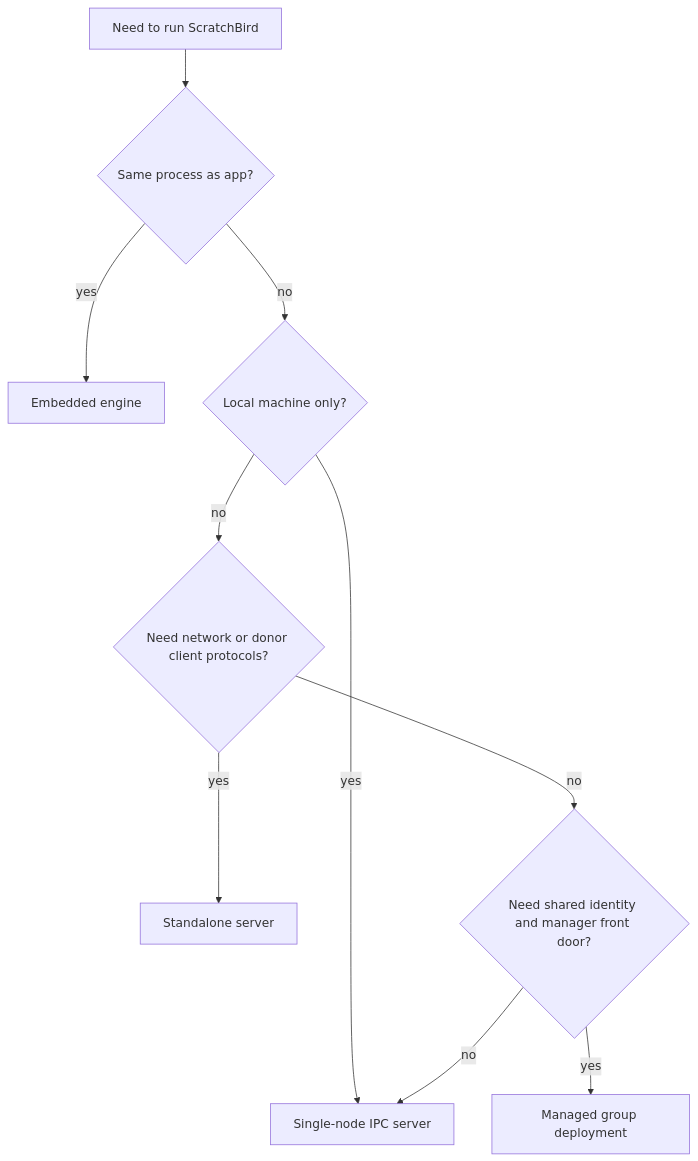
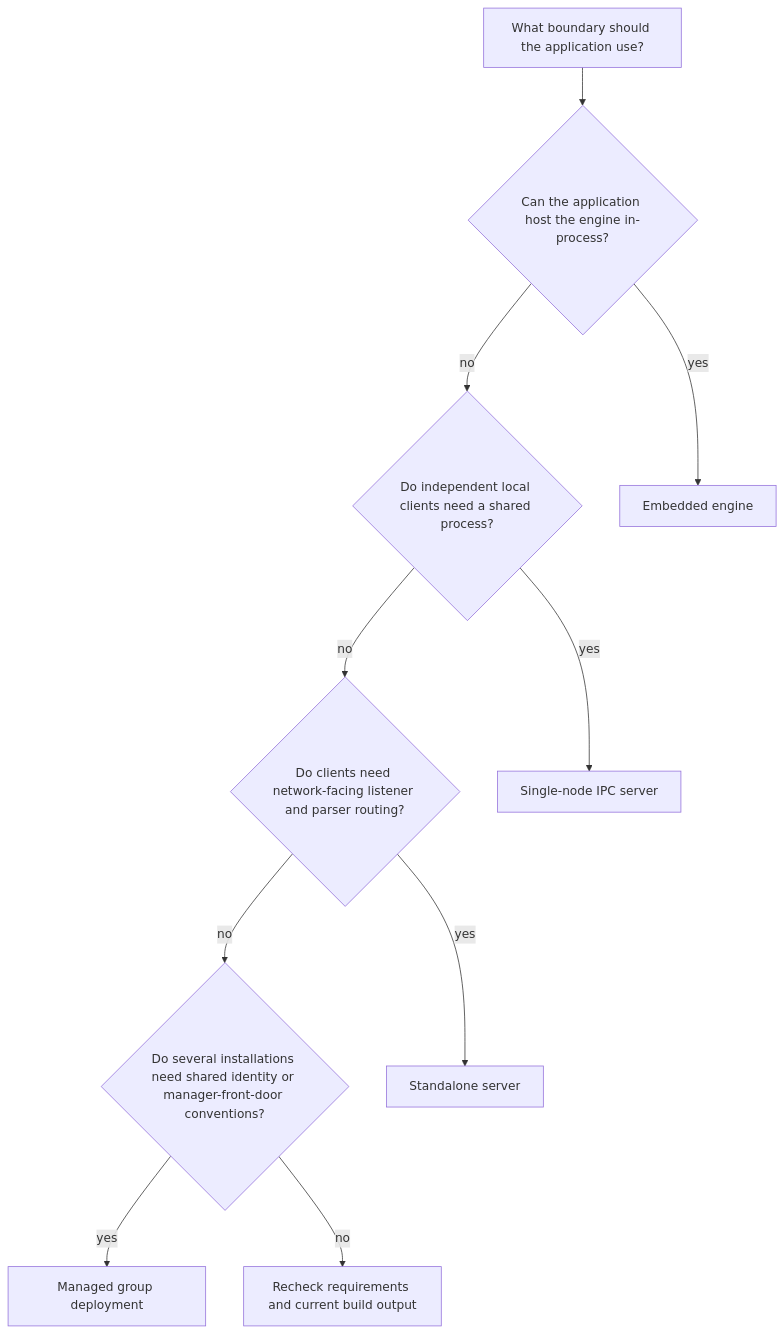
The first of 2 diagrams in docs/documentation/draft/Getting_Started/operating_modes/choosing_a_mode_summary.md (scratchbird-software-inc/ScratchBird), drawn with Mermaid before and after one commit. The commit also changed other lines of this file and 23 other files, not shown here.

````diff
--- a/docs/documentation/draft/Getting_Started/operating_modes/choosing_a_mode_summary.md
+++ b/docs/documentation/draft/Getting_Started/operating_modes/choosing_a_mode_summary.md
@@ -18,12 +20,23 @@
 ```mermaid
 flowchart TD
-    Start[Need to run ScratchBird] --> InProcess{Same process as app?}
-    InProcess -- yes --> Embedded[Embedded engine]
-    InProcess -- no --> LocalOnly{Local machine only?}
-    LocalOnly -- yes --> IPC[Single-node IPC server]
-    LocalOnly -- no --> Donor{Need network or donor client protocols?}
-    Donor -- yes --> Standalone[Standalone server]
-    Donor -- no --> Managed{Need shared identity and manager front door?}
-    Managed -- yes --> Group[Managed group deployment]
-    Managed -- no --> IPC
+    Start[What boundary should the application use?]
+    SameProcess{Can the application host the engine in-process?}
+    IndependentClients{Do independent local clients need a shared process?}
+    NetworkClients{Do clients need network-facing listener and parser routing?}
+    ManagedIdentity{Do several installations need shared identity or manager-front-door conventions?}
+    Embedded[Embedded engine]
+    IPC[Single-node IPC server]
+    Standalone[Standalone server]
+    Group[Managed group deployment]
+    Recheck[Recheck requirements and current build output]
+
+    Start --> SameProcess
+    SameProcess -- yes --> Embedded
+    SameProcess -- no --> IndependentClients
+    IndependentClients -- yes --> IPC
+    IndependentClients -- no --> NetworkClients
+    NetworkClients -- yes --> Standalone
+    NetworkClients -- no --> ManagedIdentity
+    ManagedIdentity -- yes --> Group
+    ManagedIdentity -- no --> Recheck
 ```
````
